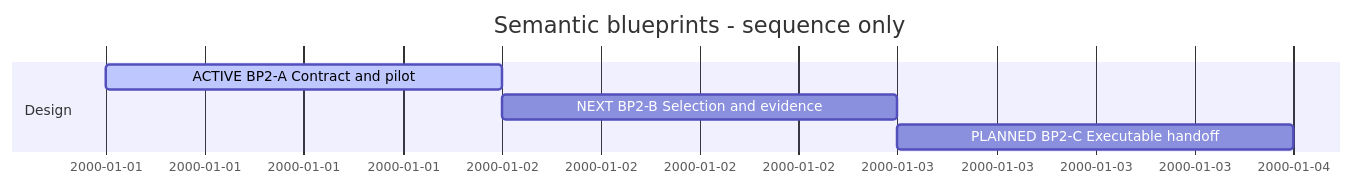
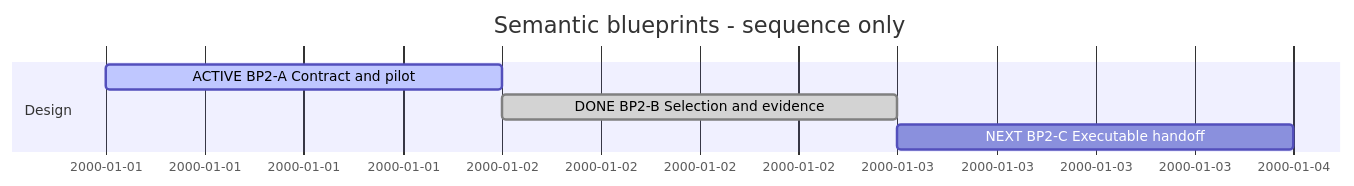
One commit to Hans-Einar/SDP changed the diagram in SDP/Sessions/session-#0008--Semantic_blueprints.md. Above: the diagram before and after it, drawn with Mermaid. The commit also changed other lines of this file and 10 other files, not shown here.

````diff
--- a/SDP/Sessions/session-#0008--Semantic_blueprints.md
+++ b/SDP/Sessions/session-#0008--Semantic_blueprints.md
@@ -7,9 +7,9 @@
 ```mermaid
 gantt
     title Semantic blueprints - sequence only
     dateFormat YYYY-MM-DD
     section Design
     ACTIVE BP2-A Contract and pilot :active,a,2000-01-01,1d
-    NEXT BP2-B Selection and evidence :b,after a,1d
-    PLANNED BP2-C Executable handoff :c,after b,1d
+    DONE BP2-B Selection and evidence :done,b,after a,1d
+    NEXT BP2-C Executable handoff :c,after b,1d
 ```
````
